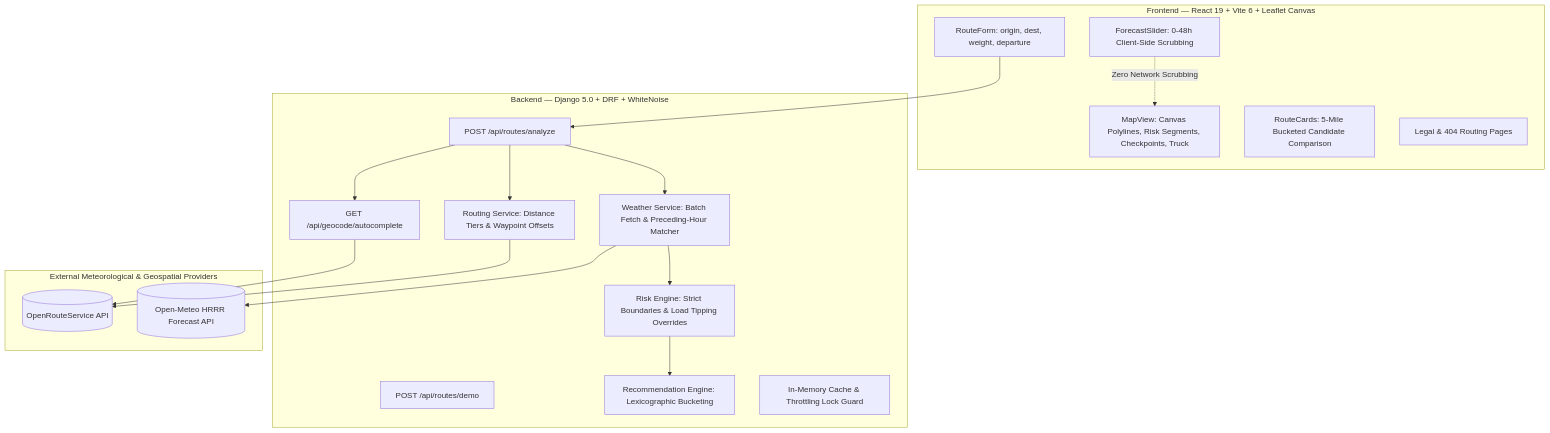
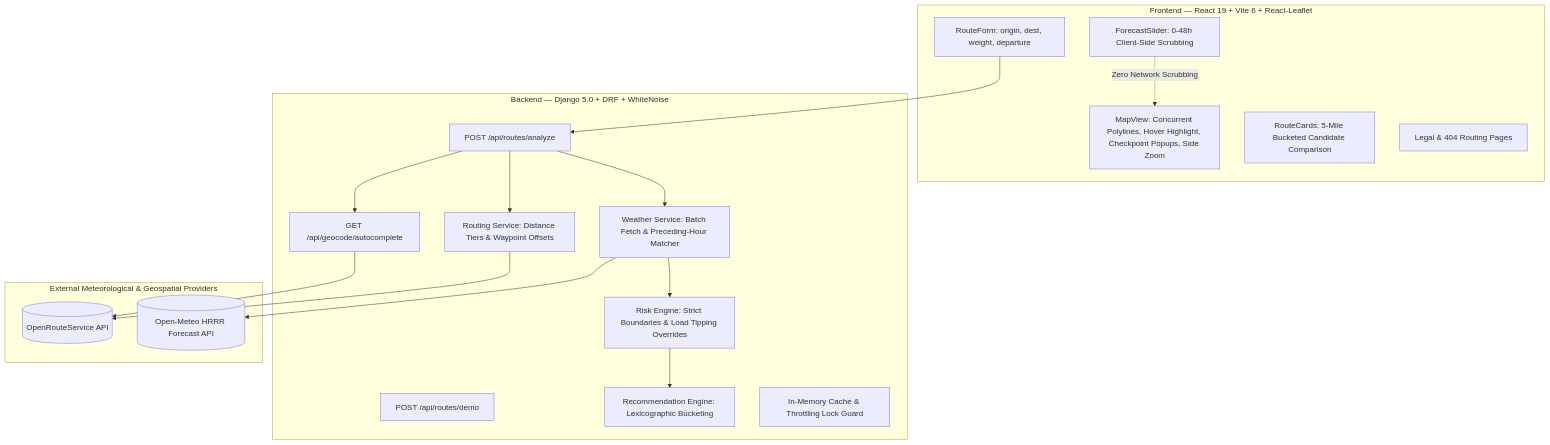
Before and after one commit to Mzuhaibkhan/Route_router: the diagram in README.md, drawn with Mermaid. The commit also changed 3 other files, not shown here.

Commit message:
docs: update architecture, leaflet mapping engine, and spatial search specs

````diff
--- a/README.md
+++ b/README.md
@@ -19,34 +19,34 @@
 ```mermaid
 graph TB
-  subgraph Frontend ["Frontend — React 19 + Vite 6 + Leaflet Canvas"]
+  subgraph Frontend ["Frontend — React 19 + Vite 6 + React-Leaflet"]
     Form[RouteForm: origin, dest, weight, departure]
-    Map[MapView: Canvas Polylines, Risk Segments, Checkpoints, Truck]
+    Map[MapView: Concurrent Polylines, Hover Highlight, Checkpoint Popups, Side Zoom]
     Cards[RouteCards: 5-Mile Bucketed Candidate Comparison]
     Slider[ForecastSlider: 0-48h Client-Side Scrubbing]
     Legal[Legal & 404 Routing Pages]
   end
 
   subgraph Backend ["Backend — Django 5.0 + DRF + WhiteNoise"]
     API[POST /api/routes/analyze]
     Demo[POST /api/routes/demo]
     Geo[GET /api/geocode/autocomplete]
     RoutingEngine[Routing Service: Distance Tiers & Waypoint Offsets]
     WeatherEngine[Weather Service: Batch Fetch & Preceding-Hour Matcher]
     RiskEngine[Risk Engine: Strict Boundaries & Load Tipping Overrides]
     Recommender[Recommendation Engine: Lexicographic Bucketing]
     Cache[In-Memory Cache & Throttling Lock Guard]
   end
 
   subgraph ExternalAPIs ["External Meteorological & Geospatial Providers"]
     ORS[(OpenRouteService API)]
     OpenMeteo[(Open-Meteo HRRR Forecast API)]
   end
 
   Form --> API
   API --> Geo --> ORS
   API --> RoutingEngine --> ORS
   API --> WeatherEngine --> OpenMeteo
   WeatherEngine --> RiskEngine
   RiskEngine --> Recommender
   Slider -.Zero Network Scrubbing.-> Map
 ```
````
